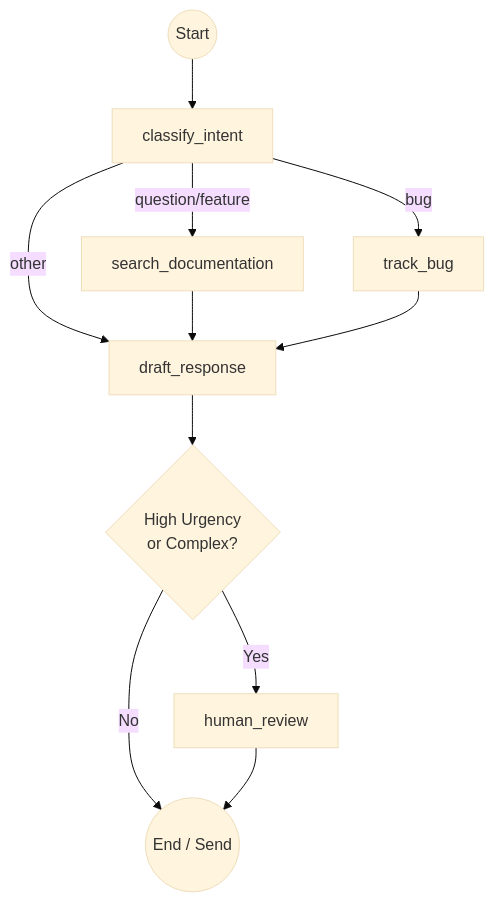
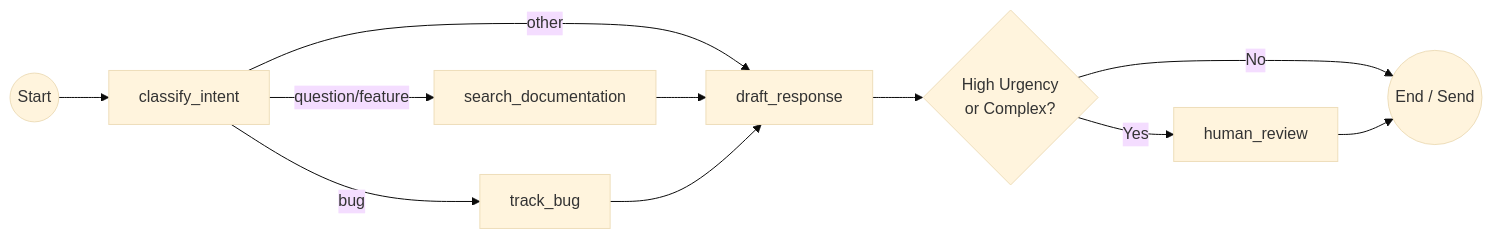
One commit to HassanAlgoz/AAI changed the diagram in content/W4/M1/03_human-in-the-loop.qmd. Above: the diagram before and after it, drawn with Mermaid (base theme). The commit also changed other lines of this file and 31 other files, not shown here.

````diff
--- a/content/W4/M1/03_human-in-the-loop.qmd
+++ b/content/W4/M1/03_human-in-the-loop.qmd
@@ -19,15 +19,15 @@
 ```{mermaid}
-flowchart TD
+flowchart LR
     START((Start)) --> B[classify_intent]
     B -->|question/feature| C[search_documentation]
     B -->|bug| D[track_bug]
     B -->|other| E[draft_response]
     
     C --> E
     D --> E
     
     E --> F{High Urgency<br/>or Complex?}
     F -->|Yes| G[human_review]
     F -->|No| H((End / Send))
     G --> H
 ```
````
